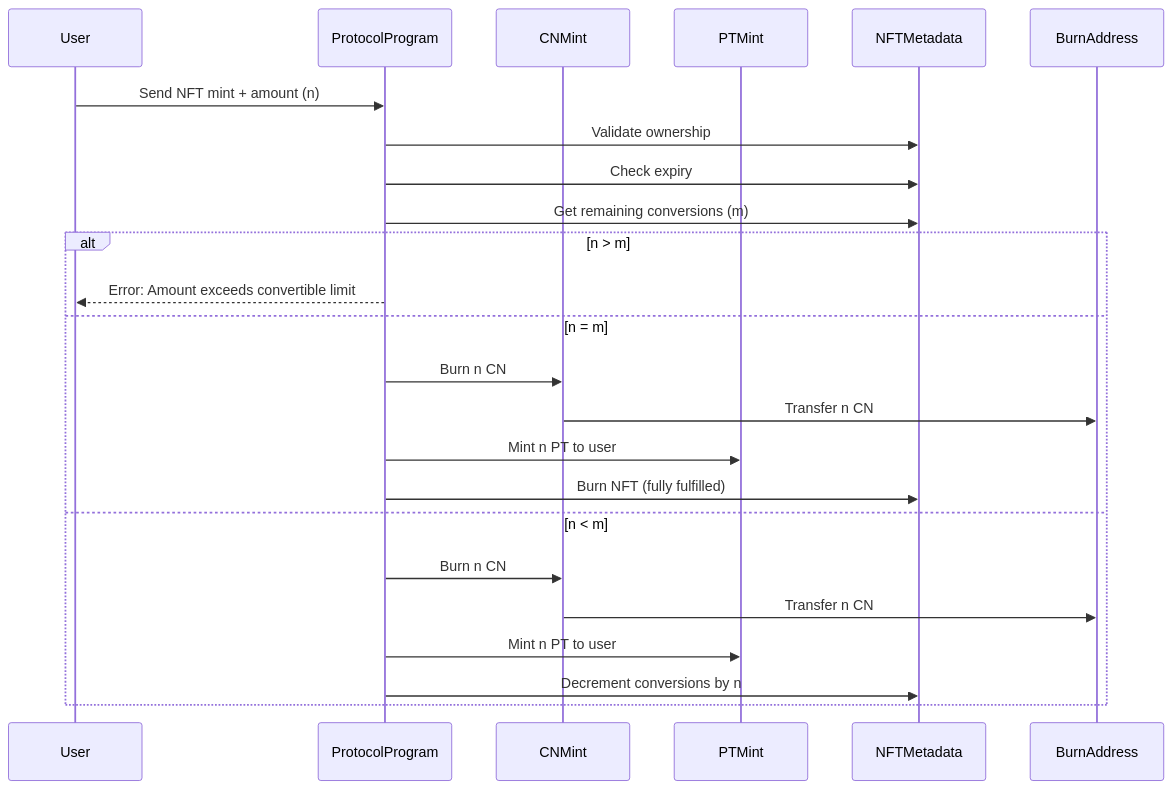
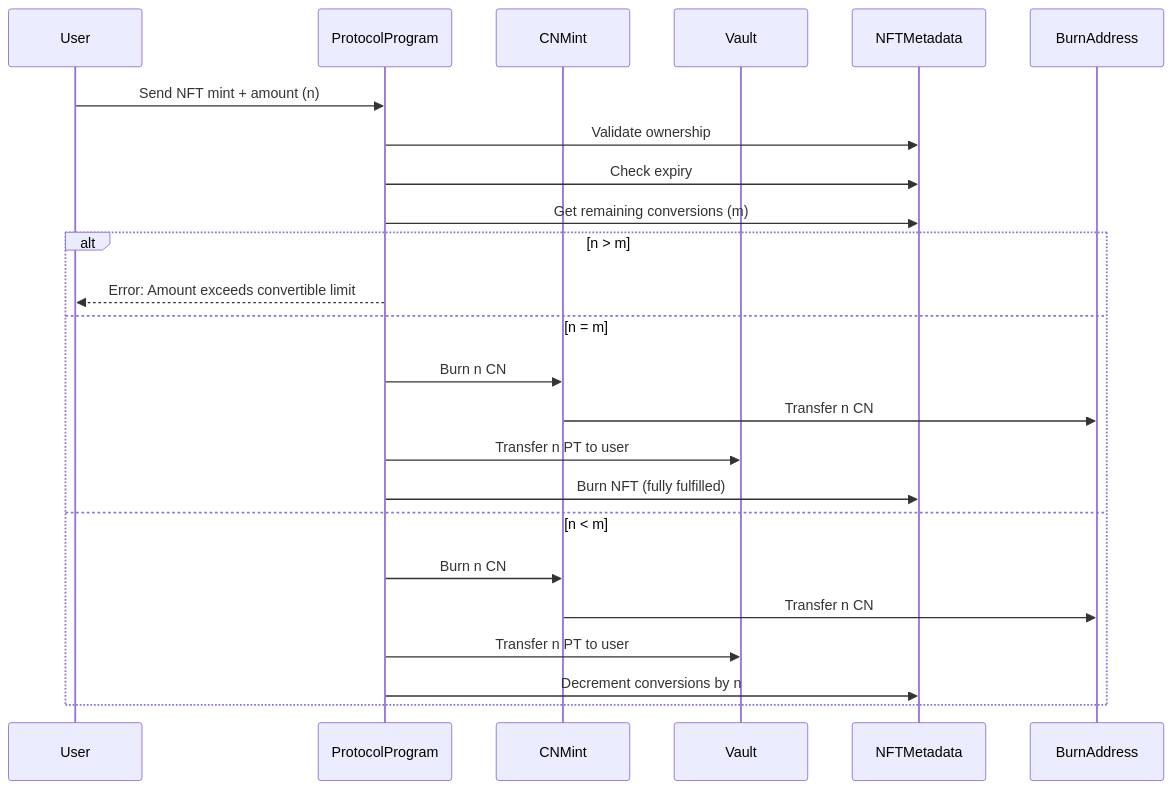
One commit to solana-turbin3/Q2_25_Builder_micaiah changed the diagram in docs/scenarios/convert_option.md. Above: the diagram before and after it, drawn with Mermaid. The commit also changed other lines of this file and 1 other file, not shown here.

Commit message:
fix arch diagrams: PT is transfered from vault, not minted on conversion

````diff
--- a/docs/scenarios/convert_option.md
+++ b/docs/scenarios/convert_option.md
@@ -26,33 +23,33 @@
 ```mermaid
 sequenceDiagram
   participant User
   participant ProtocolProgram
   participant CNMint
-  participant PTMint
+  participant Vault
   participant NFTMetadata
   participant BurnAddress
 
   User->>ProtocolProgram: Send NFT mint + amount (n)
 
   ProtocolProgram->>NFTMetadata: Validate ownership
   ProtocolProgram->>NFTMetadata: Check expiry
   ProtocolProgram->>NFTMetadata: Get remaining conversions (m)
 
   alt n > m
     ProtocolProgram-->>User: Error: Amount exceeds convertible limit
   else n = m
     ProtocolProgram->>CNMint: Burn n CN
     CNMint->>BurnAddress: Transfer n CN
 
-    ProtocolProgram->>PTMint: Mint n PT to user
+    ProtocolProgram->>Vault: Transfer n PT to user
 
     ProtocolProgram->>NFTMetadata: Burn NFT (fully fulfilled)
   else n < m
     ProtocolProgram->>CNMint: Burn n CN
     CNMint->>BurnAddress: Transfer n CN
 
-    ProtocolProgram->>PTMint: Mint n PT to user
+    ProtocolProgram->>Vault: Transfer n PT to user
 
     ProtocolProgram->>NFTMetadata: Decrement conversions by n
   end
 ```
````
